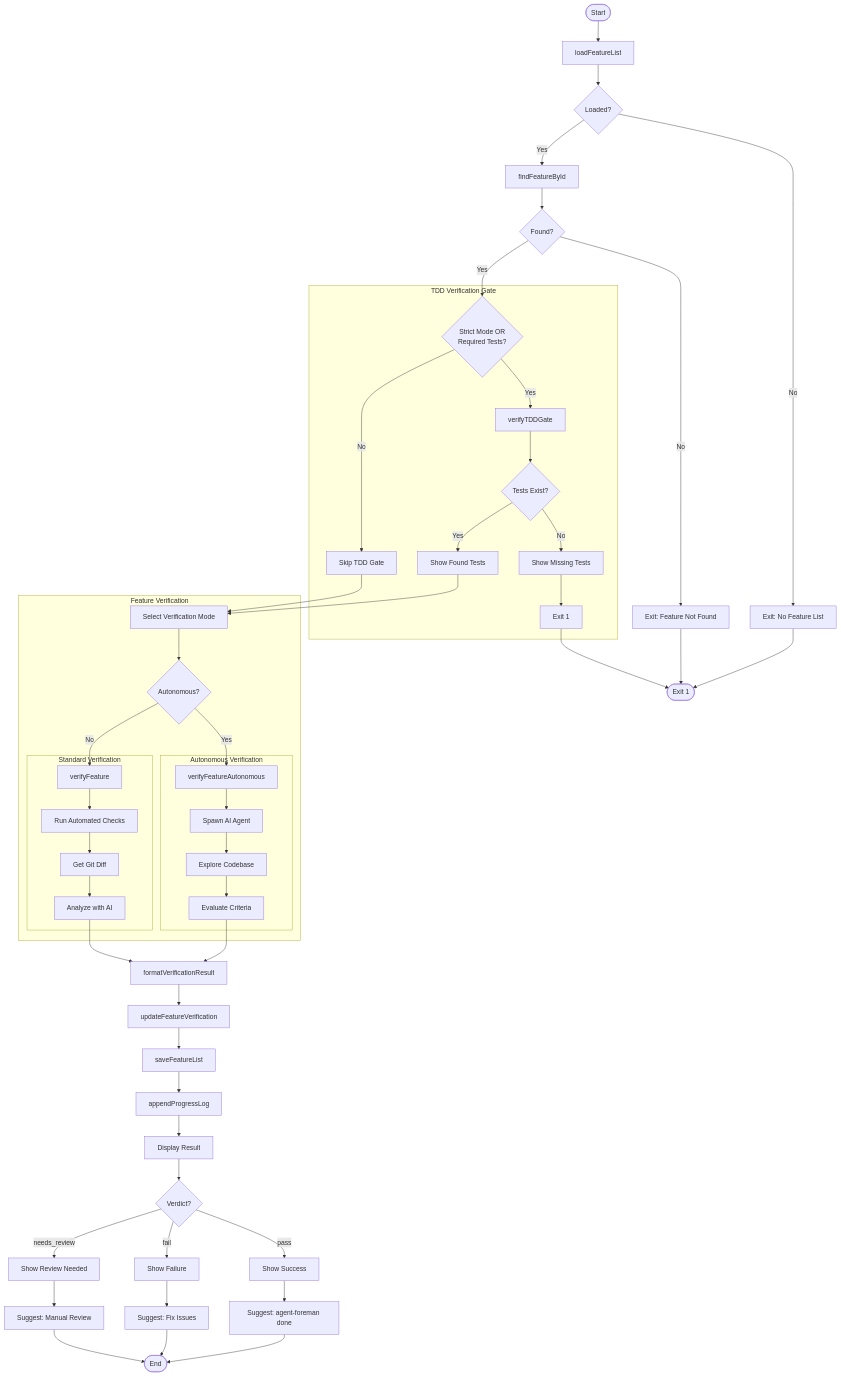
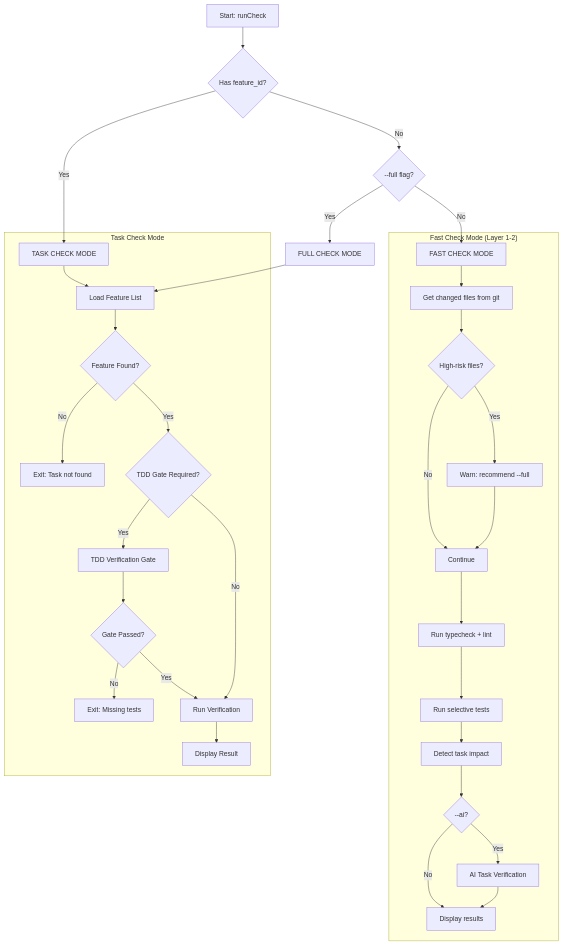
The first of 2 diagrams in docs/commands/check.md (jerejones/agent-foreman), drawn with Mermaid before and after one commit. The commit also changed other lines of this file and 379 other files, not shown here.

````diff
--- a/docs/commands/check.md
+++ b/docs/commands/check.md
@@ -101,69 +42,38 @@
 ```mermaid
 flowchart TD
-    Start([Start]) --> LoadFeatures[loadFeatureList]
-    LoadFeatures --> CheckLoaded{Loaded?}
-    CheckLoaded -->|No| NoListError[Exit: No Feature List]
-    CheckLoaded -->|Yes| FindFeature[findFeatureById]
+    A[Start: runCheck] --> B{Has feature_id?}
+    B -->|No| C{--full flag?}
+    C -->|No| D[FAST CHECK MODE]
+    C -->|Yes| E[FULL CHECK MODE]
+    B -->|Yes| F[TASK CHECK MODE]
 
-    FindFeature --> CheckFound{Found?}
-    CheckFound -->|No| NotFoundError[Exit: Feature Not Found]
-    CheckFound -->|Yes| CheckTDDMode
-
-    subgraph TDDGate["TDD Verification Gate"]
-        CheckTDDMode{Strict Mode OR<br/>Required Tests?}
-        CheckTDDMode -->|Yes| RunTDDGate[verifyTDDGate]
-        CheckTDDMode -->|No| SkipTDDGate[Skip TDD Gate]
-
-        RunTDDGate --> TDDPassed{Tests Exist?}
-        TDDPassed -->|No| TDDFail[Show Missing Tests]
-        TDDFail --> TDDExit[Exit 1]
-        TDDPassed -->|Yes| ShowTestsExist[Show Found Tests]
+    subgraph FastCheck["Fast Check Mode (Layer 1-2)"]
+        D --> D1[Get changed files from git]
+        D1 --> D2{High-risk files?}
+        D2 -->|Yes| D3[Warn: recommend --full]
+        D2 -->|No| D4[Continue]
+        D3 --> D4
+        D4 --> D5[Run typecheck + lint]
+        D5 --> D6[Run selective tests]
+        D6 --> D7[Detect task impact]
+        D7 --> D8{--ai?}
+        D8 -->|Yes| D9[AI Task Verification]
+        D8 -->|No| D10[Display results]
+        D9 --> D10
     end
 
-    SkipTDDGate --> SelectMode
-    ShowTestsExist --> SelectMode
-
-    subgraph VerificationPhase["Feature Verification"]
-        SelectMode[Select Verification Mode] --> ModeSelect{Autonomous?}
-        ModeSelect -->|Yes| AutonomousVerify[verifyFeatureAutonomous]
-        ModeSelect -->|No| StandardVerify[verifyFeature]
-
-        subgraph Standard["Standard Verification"]
-            StandardVerify --> RunAllChecks[Run Automated Checks]
-            RunAllChecks --> GetDiff[Get Git Diff]
-            GetDiff --> AIAnalyze[Analyze with AI]
-        end
-
-        subgraph Autonomous["Autonomous Verification"]
-            AutonomousVerify --> SpawnAgent[Spawn AI Agent]
-            SpawnAgent --> ExploreCode[Explore Codebase]
-            ExploreCode --> EvalCriteria[Evaluate Criteria]
-        end
+    subgraph TaskCheck["Task Check Mode"]
+        F --> F1[Load Feature List]
+        F1 --> F2{Feature Found?}
+        F2 -->|No| F3[Exit: Task not found]
+        F2 -->|Yes| F4{TDD Gate Required?}
+        F4 -->|Yes| F5[TDD Verification Gate]
+        F5 --> F6{Gate Passed?}
+        F6 -->|No| F7[Exit: Missing tests]
+        F6 -->|Yes| F8[Run Verification]
+        F4 -->|No| F8
+        F8 --> F9[Display Result]
     end
 
-    AIAnalyze --> FormatResult[formatVerificationResult]
-    EvalCriteria --> FormatResult
-
-    FormatResult --> UpdateFeature[updateFeatureVerification]
-    UpdateFeature --> SaveList[saveFeatureList]
-    SaveList --> LogProgress[appendProgressLog]
-
-    LogProgress --> DisplayResult[Display Result]
-    DisplayResult --> CheckVerdict{Verdict?}
-
-    CheckVerdict -->|pass| ShowPass[Show Success]
-    CheckVerdict -->|fail| ShowFail[Show Failure]
-    CheckVerdict -->|needs_review| ShowReview[Show Review Needed]
-
-    ShowPass --> SuggestDone[Suggest: agent-foreman done]
-    ShowFail --> SuggestFix[Suggest: Fix Issues]
-    ShowReview --> SuggestManual[Suggest: Manual Review]
-
-    SuggestDone --> End([End])
-    SuggestFix --> End
-    SuggestManual --> End
-
-    NoListError --> Exit([Exit 1])
-    NotFoundError --> Exit
-    TDDExit --> Exit
+    E --> F1
 ```
````
